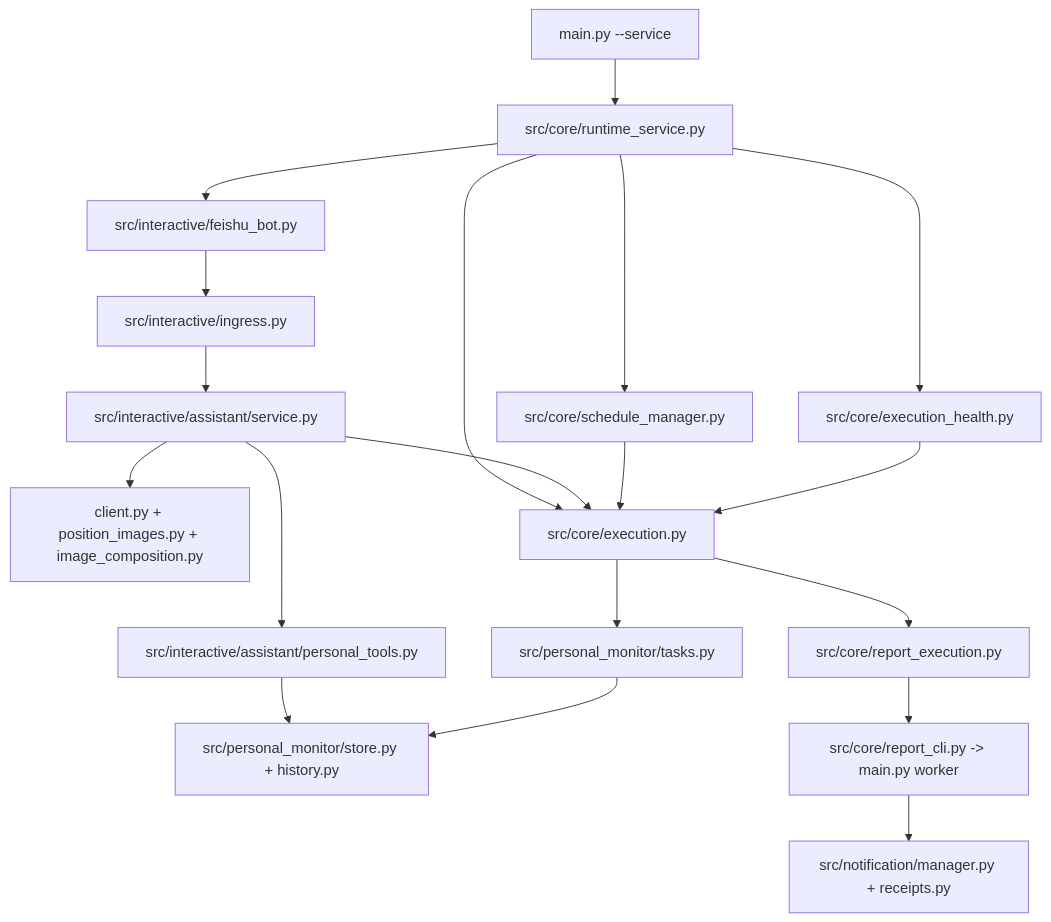
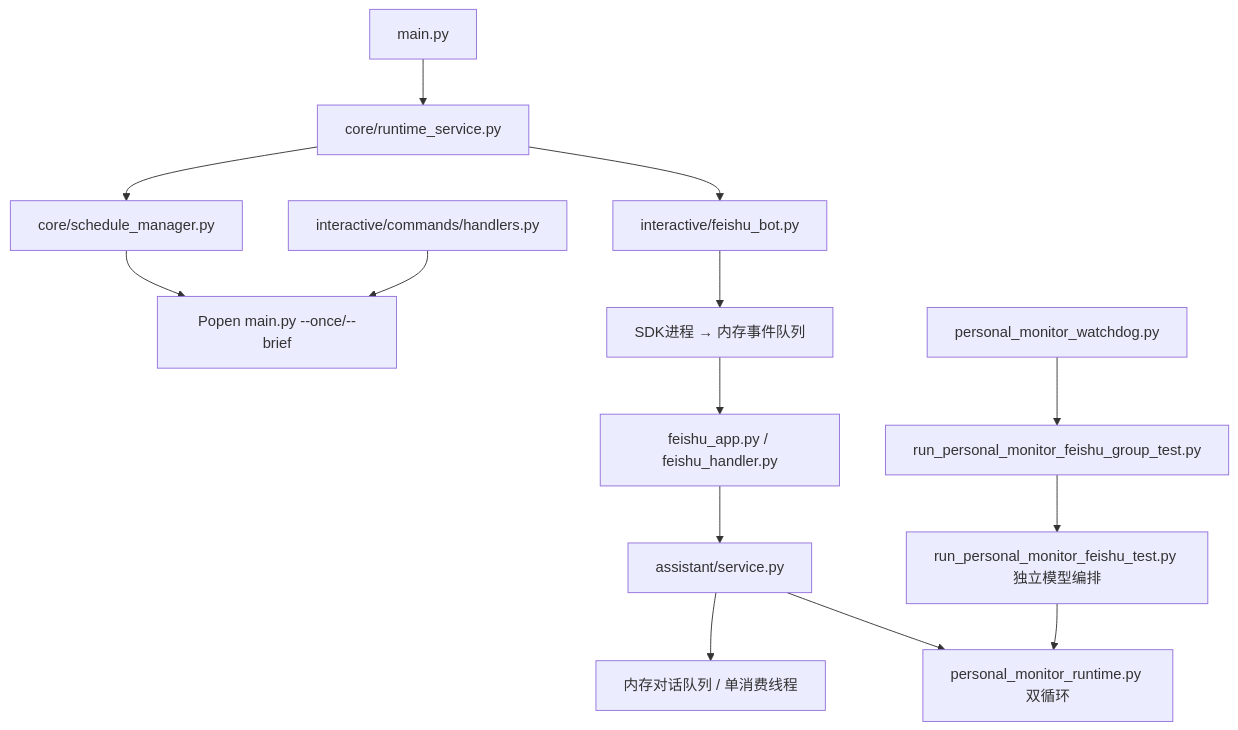
The first of 2 diagrams in docs/development/shared_runtime_migration.md (Saltflow/trade_eyes_keeper), drawn with Mermaid before and after one commit. The commit also changed other lines of this file and 80 other files, not shown here.

````diff
--- a/docs/development/shared_runtime_migration.md
+++ b/docs/development/shared_runtime_migration.md
@@ -15,21 +23,16 @@
 ```mermaid
-flowchart TD
-    service[main.py --service] --> host[src/core/runtime_service.py]
-    host --> sched[src/core/schedule_manager.py]
-    host --> bot[src/interactive/feishu_bot.py]
-    bot --> ingress[src/interactive/ingress.py]
-    ingress --> assistant[src/interactive/assistant/service.py]
-    assistant --> tools[src/interactive/assistant/personal_tools.py]
-    tools --> portfolio[src/personal_monitor/store.py + history.py]
-    assistant --> images[client.py + position_images.py + image_composition.py]
-    host --> executor[src/core/execution.py]
-    assistant --> executor
-    sched --> executor
-    executor --> reports[src/core/report_execution.py]
-    executor --> personal[src/personal_monitor/tasks.py]
-    personal --> portfolio
-    reports --> worker[src/core/report_cli.py -> main.py worker]
-    worker --> channels[src/notification/manager.py + receipts.py]
-    host --> health[src/core/execution_health.py]
-    health --> executor
+flowchart TB
+  Main[main.py] --> Host[core/runtime_service.py]
+  Host --> Schedule[core/schedule_manager.py]
+  Schedule --> Spawn[Popen main.py --once/--brief]
+  BotCmd[interactive/commands/handlers.py] --> Spawn
+  Host --> Bot[interactive/feishu_bot.py]
+  Bot --> RAM[SDK进程 → 内存事件队列]
+  RAM --> App[feishu_app.py / feishu_handler.py]
+  App --> Assistant[assistant/service.py]
+  Assistant --> Worker[内存对话队列 / 单消费线程]
+  Assistant --> PM[personal_monitor_runtime.py 双循环]
+  Group[run_personal_monitor_feishu_group_test.py] --> Bridge[run_personal_monitor_feishu_test.py 独立模型编排]
+  Bridge --> PM
+  Watchdog[personal_monitor_watchdog.py] --> Group
 ```
````
